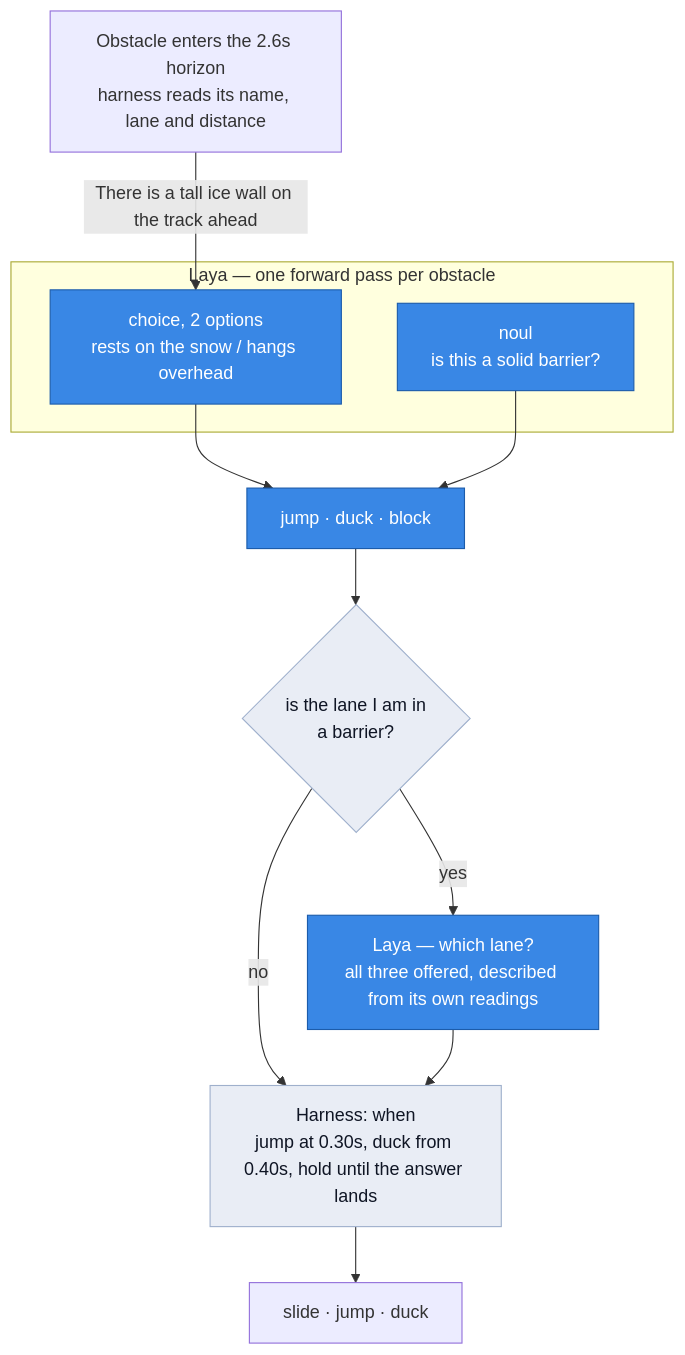
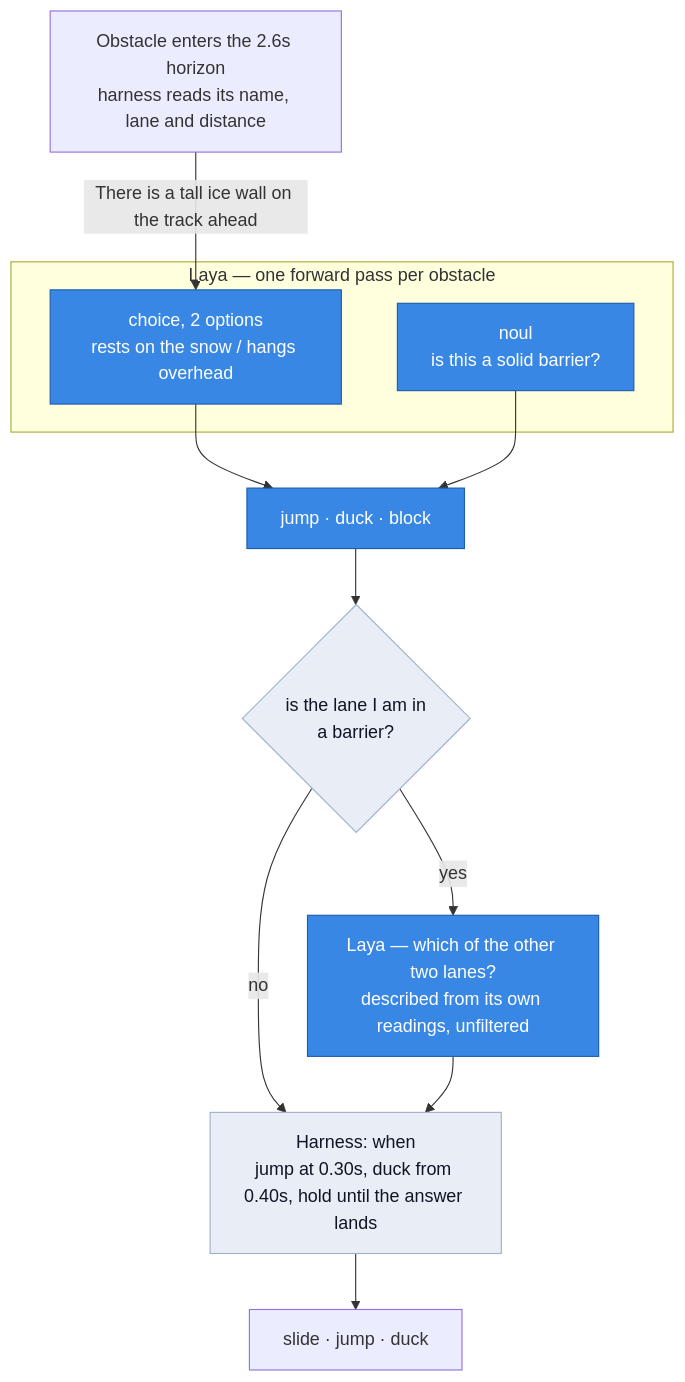
One commit to petrixh/laya-test changed the diagram in README.md. Above: the diagram before and after it, drawn with Mermaid. The commit also changed other lines of this file and 8 other files, not shown here.

First line of the commit message:
Offer the two other lanes, not all three

````diff
--- a/README.md
+++ b/README.md
@@ -43,24 +43,24 @@
 ```mermaid
 flowchart TD
   O["Obstacle enters the 2.6s horizon<br/>harness reads its name, lane and distance"]
   O -->|"There is a tall ice wall on the track ahead"| Q1
 
   subgraph M ["Laya — one forward pass per obstacle"]
     Q1["choice, 2 options<br/>rests on the snow / hangs overhead"]
     Q2["noul<br/>is this a solid barrier?"]
   end
 
   Q1 --> C
   Q2 --> C
   C["jump · duck · block"]
   C --> G{"is the lane I am in<br/>a barrier?"}
   G -->|no| T
-  G -->|yes| L["Laya — which lane?<br/>all three offered, described from its own readings"]
+  G -->|yes| L["Laya — which of the other two lanes?<br/>described from its own readings, unfiltered"]
   L --> T["Harness: when<br/>jump at 0.30s, duck from 0.40s, hold until the answer lands"]
   T --> A["slide · jump · duck"]
 
   classDef model fill:#3987e5,stroke:#1c5cab,color:#ffffff;
   classDef rule fill:#e9edf5,stroke:#9fb0cc,color:#0f1524;
   class Q1,Q2,C,L model;
   class T,G rule;
 ```
````
